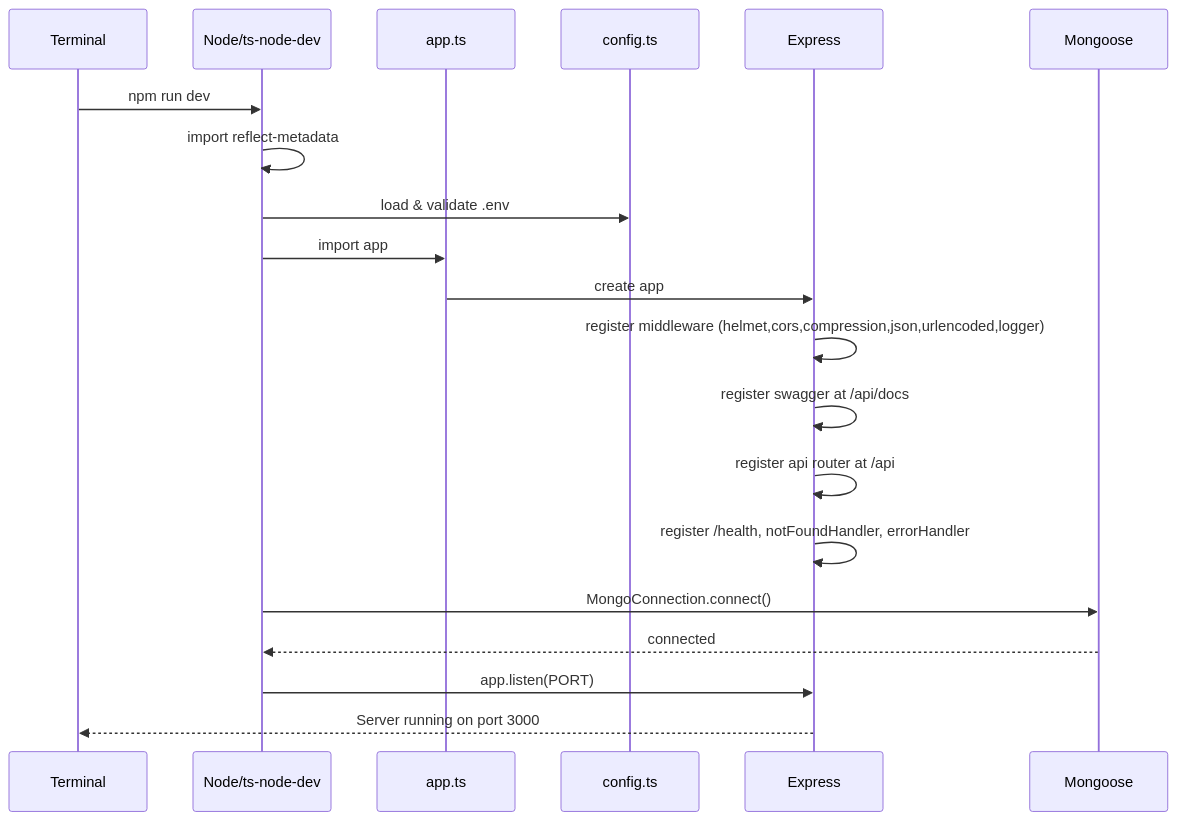
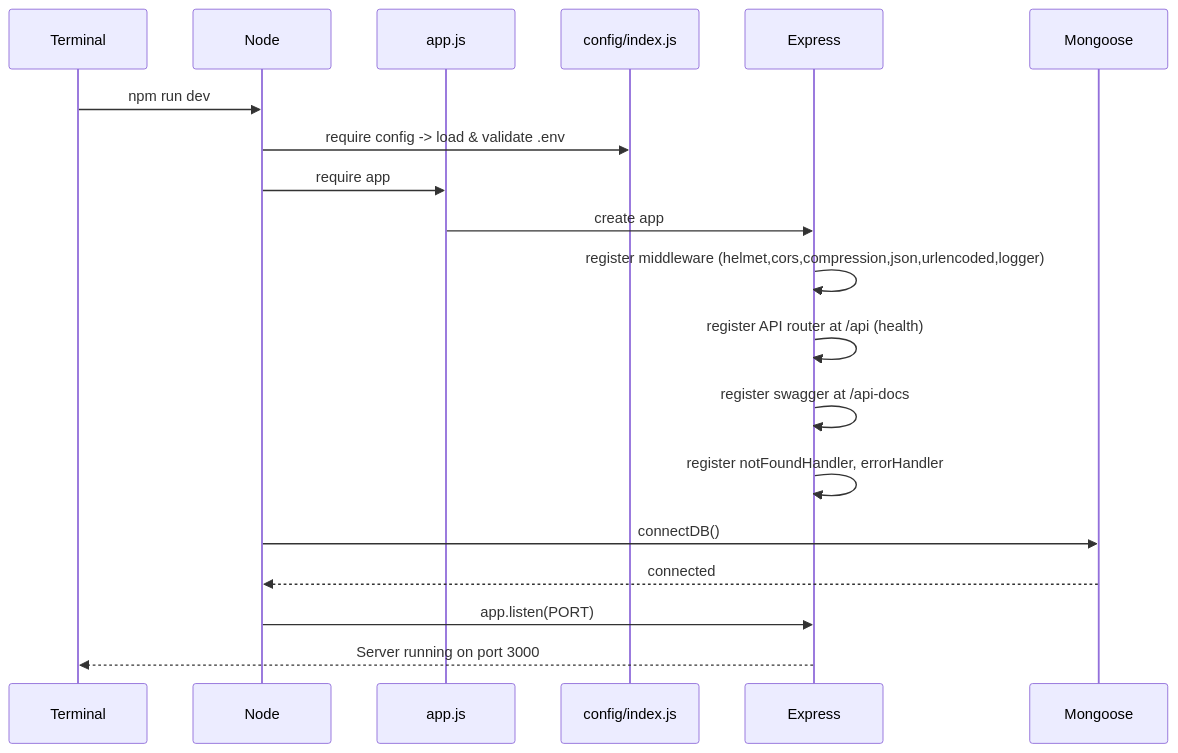
One commit to cloudtecki/the-woven-kitchen-api changed the sixth of 6 diagrams in docs/00-project-startup-flow.md. Above: the diagram before and after it, drawn with Mermaid. The commit also changed other lines of this file and 214 other files, not shown here.

````diff
--- a/docs/00-project-startup-flow.md
+++ b/docs/00-project-startup-flow.md
@@ -237,23 +194,22 @@
 ```mermaid
 sequenceDiagram
     participant T as Terminal
-    participant Node as Node/ts-node-dev
-    participant App as app.ts
-    participant Config as config.ts
+    participant Node as Node
+    participant App as app.js
+    participant Config as config/index.js
     participant Express as Express
     participant Mongoose
 
     T->>Node: npm run dev
-    Node->>Node: import reflect-metadata
-    Node->>Config: load & validate .env
-    Node->>App: import app
+    Node->>Config: require config -> load & validate .env
+    Node->>App: require app
     App->>Express: create app
     Express->>Express: register middleware (helmet,cors,compression,json,urlencoded,logger)
-    Express->>Express: register swagger at /api/docs
-    Express->>Express: register api router at /api
-    Express->>Express: register /health, notFoundHandler, errorHandler
-    Node->>Mongoose: MongoConnection.connect()
+    Express->>Express: register API router at /api (health)
+    Express->>Express: register swagger at /api-docs
+    Express->>Express: register notFoundHandler, errorHandler
+    Node->>Mongoose: connectDB()
     Mongoose-->>Node: connected
     Node->>Express: app.listen(PORT)
     Express-->>T: Server running on port 3000
 ```
````
